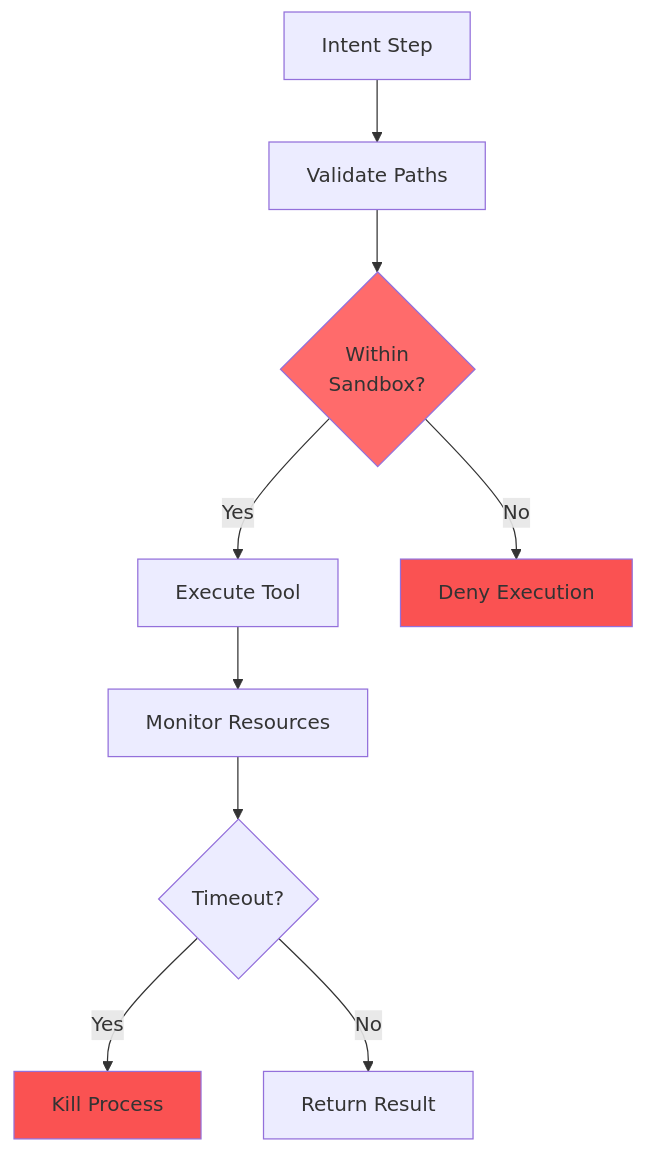
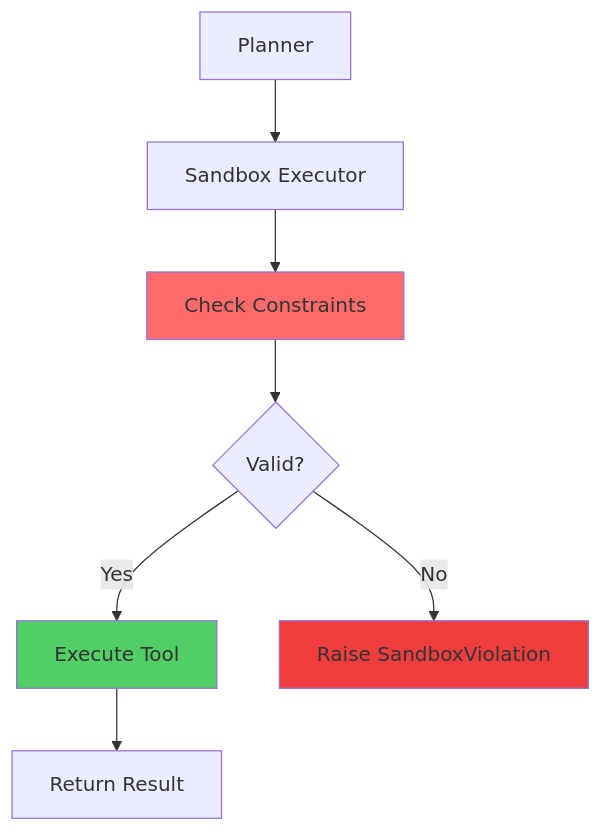
One commit to Guillhermm/zenus_os changed the first of 2 diagrams in docs/architecture/05-sandboxing.md. Above: the diagram before and after it, drawn with Mermaid. The commit also changed other lines of this file and 2 other files, not shown here.

````diff
--- a/docs/architecture/05-sandboxing.md
+++ b/docs/architecture/05-sandboxing.md
@@ -15,15 +12,13 @@
 ```mermaid
 graph TB
-    Step[Intent Step] --> Validate[Validate Paths]
-    Validate --> Sandbox{Within<br/>Sandbox?}
-    Sandbox -->|Yes| Execute[Execute Tool]
-    Sandbox -->|No| Deny[Deny Execution]
-    Execute --> Monitor[Monitor Resources]
-    Monitor --> Timeout{Timeout?}
-    Timeout -->|Yes| Kill[Kill Process]
-    Timeout -->|No| Return[Return Result]
+    Planner[Planner] --> Sandbox[Sandbox Executor]
+    Sandbox --> Constraints[Check Constraints]
+    Constraints --> Valid{Valid?}
+    Valid -->|Yes| Tool[Execute Tool]
+    Valid -->|No| Deny[Raise SandboxViolation]
+    Tool --> Result[Return Result]
     
-    style Sandbox fill:#ff6b6b
-    style Deny fill:#fa5252
-    style Kill fill:#fa5252
+    style Constraints fill:#ff6b6b
+    style Deny fill:#f03e3e
+    style Tool fill:#51cf66
 ```
````
